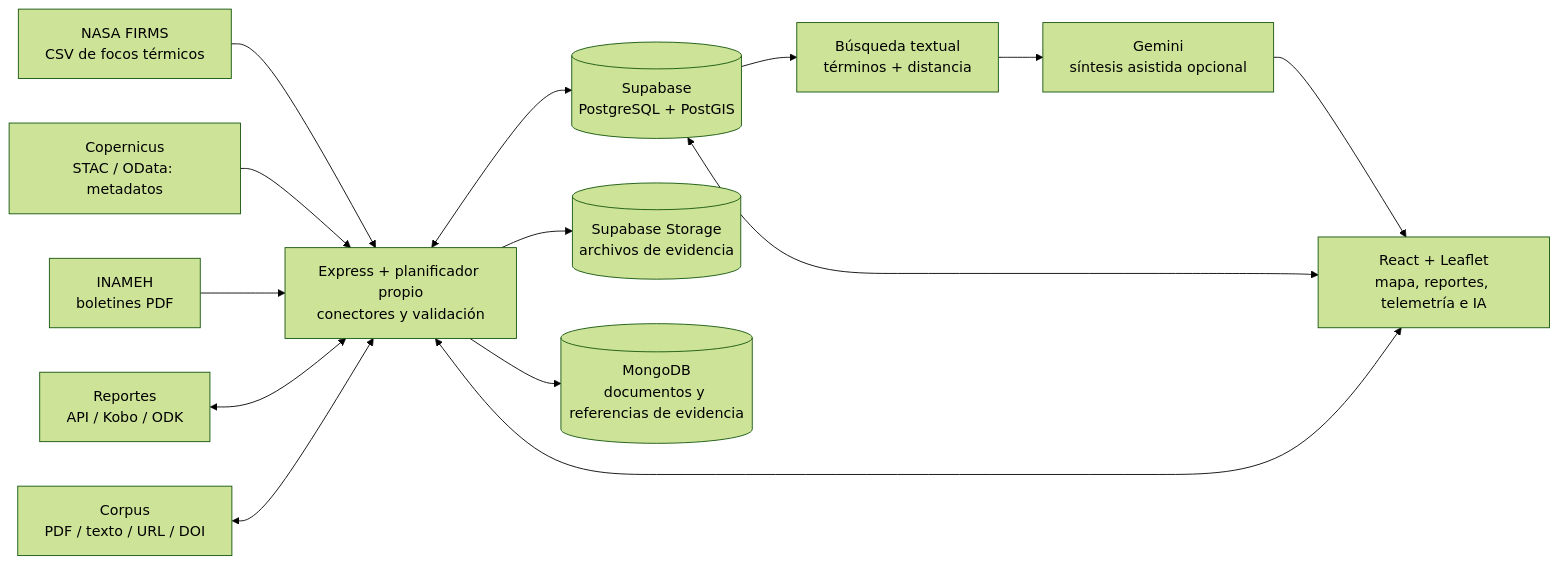
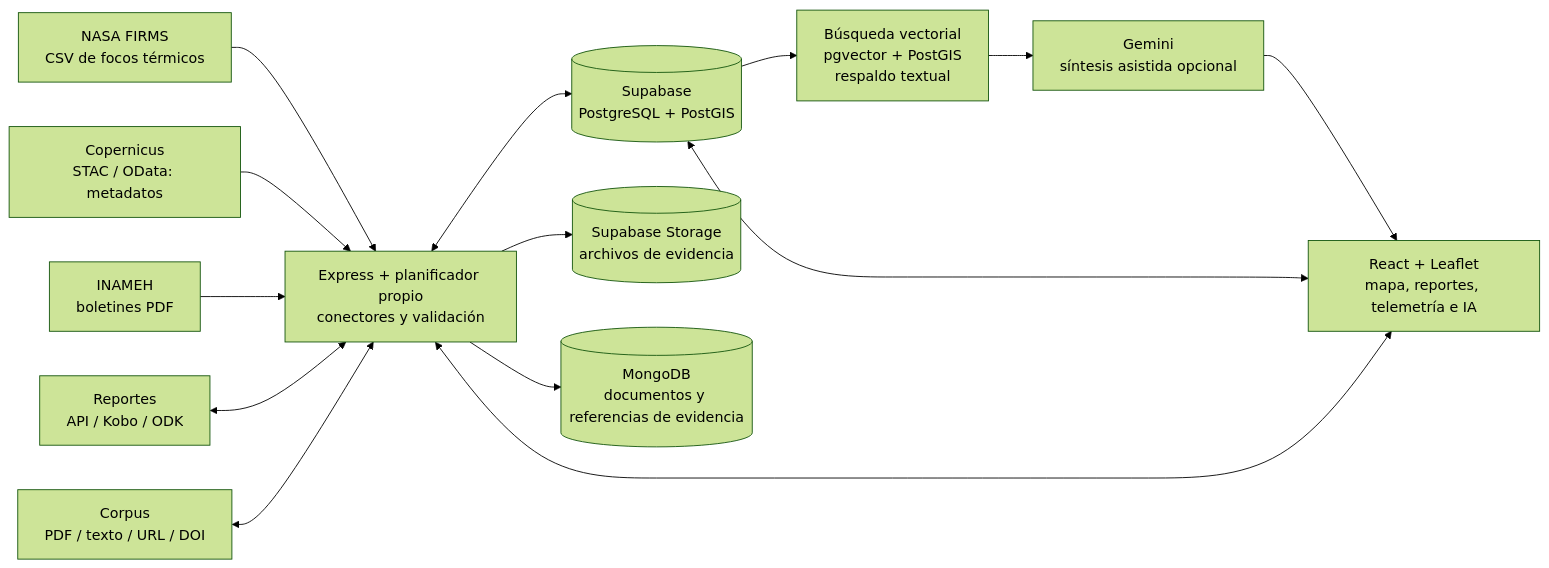
Before and after one commit to juliocanelon/centinela-orinoco-2026: the diagram in informe/INFORME_TECNICO_PROYECTO_INTEGRADOR_ACTUALIZADO.md, drawn with Mermaid (forest theme). The commit also changed other lines of this file and 1 other file, not shown here.

Commit message:
docs: informe técnico y guion con la memoria semántica vectorial

````diff
--- a/informe/INFORME_TECNICO_PROYECTO_INTEGRADOR_ACTUALIZADO.md
+++ b/informe/INFORME_TECNICO_PROYECTO_INTEGRADOR_ACTUALIZADO.md
@@ -122,29 +122,29 @@
 ```mermaid
 flowchart LR
     FIRMS[NASA FIRMS<br/>CSV de focos térmicos]
     COP[Copernicus<br/>STAC / OData: metadatos]
     INAMEH[INAMEH<br/>boletines PDF]
     COM[Reportes<br/>API / Kobo / ODK]
     COR[Corpus<br/>PDF / texto / URL / DOI]
     ING[Express + planificador propio<br/>conectores y validación]
     PG[(Supabase<br/>PostgreSQL + PostGIS)]
     STORE[(Supabase Storage<br/>archivos de evidencia)]
     MONGO[(MongoDB<br/>documentos y referencias de evidencia)]
-    RAG[Búsqueda textual<br/>términos + distancia]
+    RAG[Búsqueda vectorial<br/>pgvector + PostGIS<br/>respaldo textual]
     GEM[Gemini<br/>síntesis asistida opcional]
     UI[React + Leaflet<br/>mapa, reportes, telemetría e IA]
 
     FIRMS --> ING
     COP --> ING
     INAMEH --> ING
     COM <--> ING
     COR <--> ING
     ING <--> PG
     ING --> STORE
     ING --> MONGO
     PG --> RAG
     RAG --> GEM
     PG <--> UI
     ING <--> UI
     GEM --> UI
 ```
````
